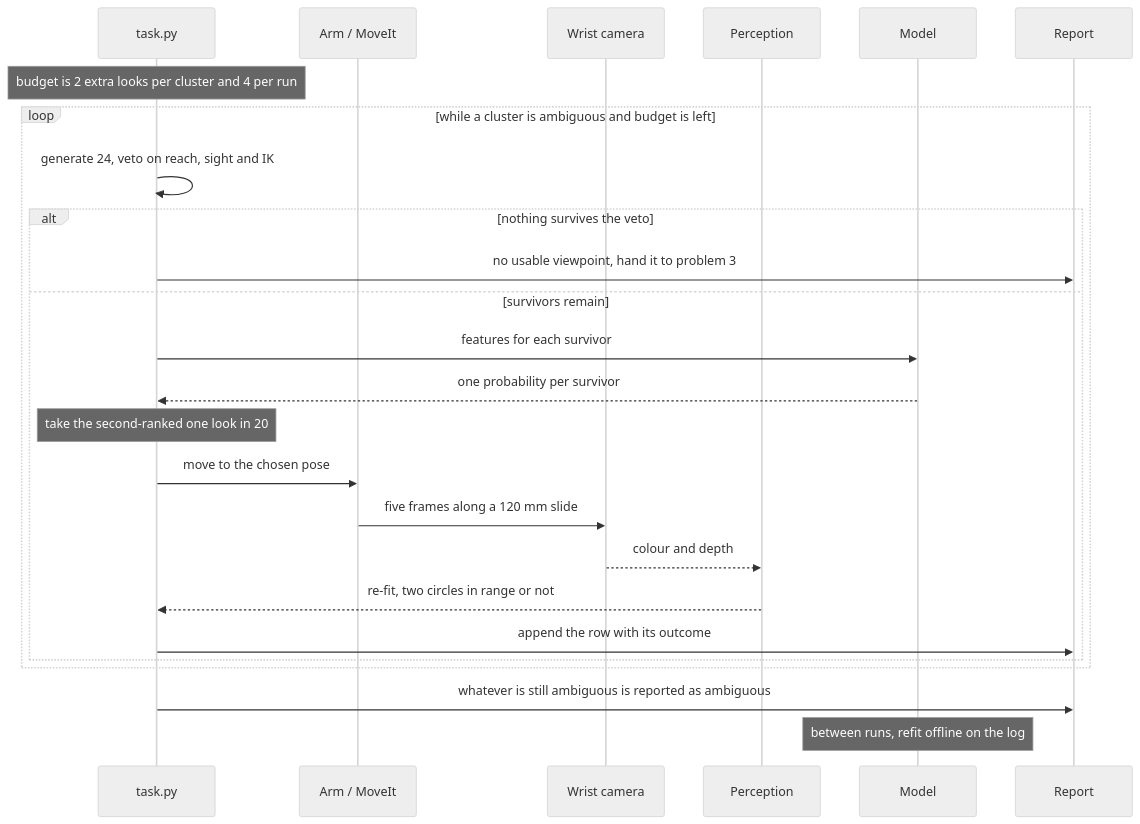
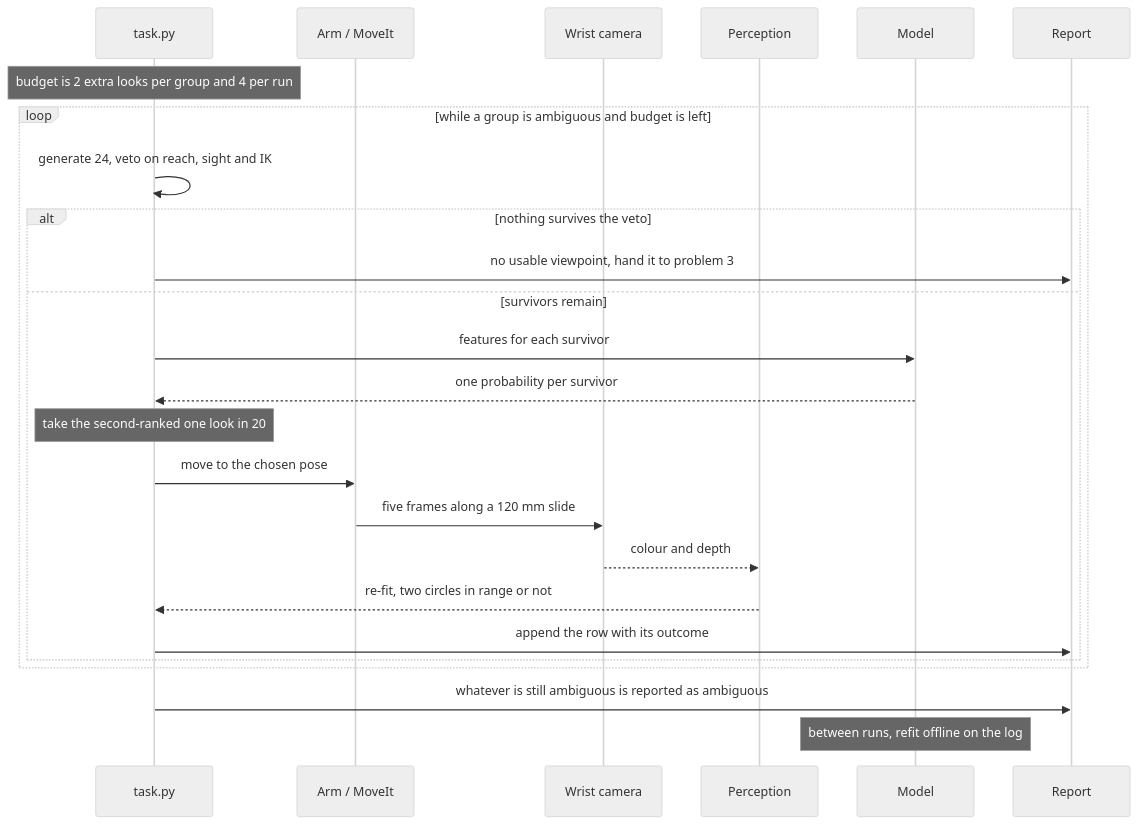
One commit to RobinNagpal/robot-arm-projects changed the second of 3 diagrams in v5-pick-glasses/docs/problem-2/solutions/06-learn-which-viewpoints-pay-off.md. Above: the diagram before and after it, drawn with Mermaid (neutral theme). The commit also changed other lines of this file and 1 other file, not shown here.

````diff
--- a/v5-pick-glasses/docs/problem-2/solutions/06-learn-which-viewpoints-pay-off.md
+++ b/v5-pick-glasses/docs/problem-2/solutions/06-learn-which-viewpoints-pay-off.md
@@ -326,27 +342,27 @@
 ```mermaid
 sequenceDiagram
     participant T as task.py
     participant A as Arm / MoveIt
     participant C as Wrist camera
     participant P as Perception
     participant M as Model
     participant R as Report
-    Note over T: budget is 2 extra looks per cluster and 4 per run
-    loop while a cluster is ambiguous and budget is left
+    Note over T: budget is 2 extra looks per group and 4 per run
+    loop while a group is ambiguous and budget is left
         T->>T: generate 24, veto on reach, sight and IK
         alt nothing survives the veto
             T->>R: no usable viewpoint, hand it to problem 3
         else survivors remain
             T->>M: features for each survivor
             M-->>T: one probability per survivor
             Note over T: take the second-ranked one look in 20
             T->>A: move to the chosen pose
             A->>C: five frames along a 120 mm slide
             C-->>P: colour and depth
             P-->>T: re-fit, two circles in range or not
             T->>R: append the row with its outcome
         end
     end
     T->>R: whatever is still ambiguous is reported as ambiguous
     Note over M: between runs, refit offline on the log
 ```
````
